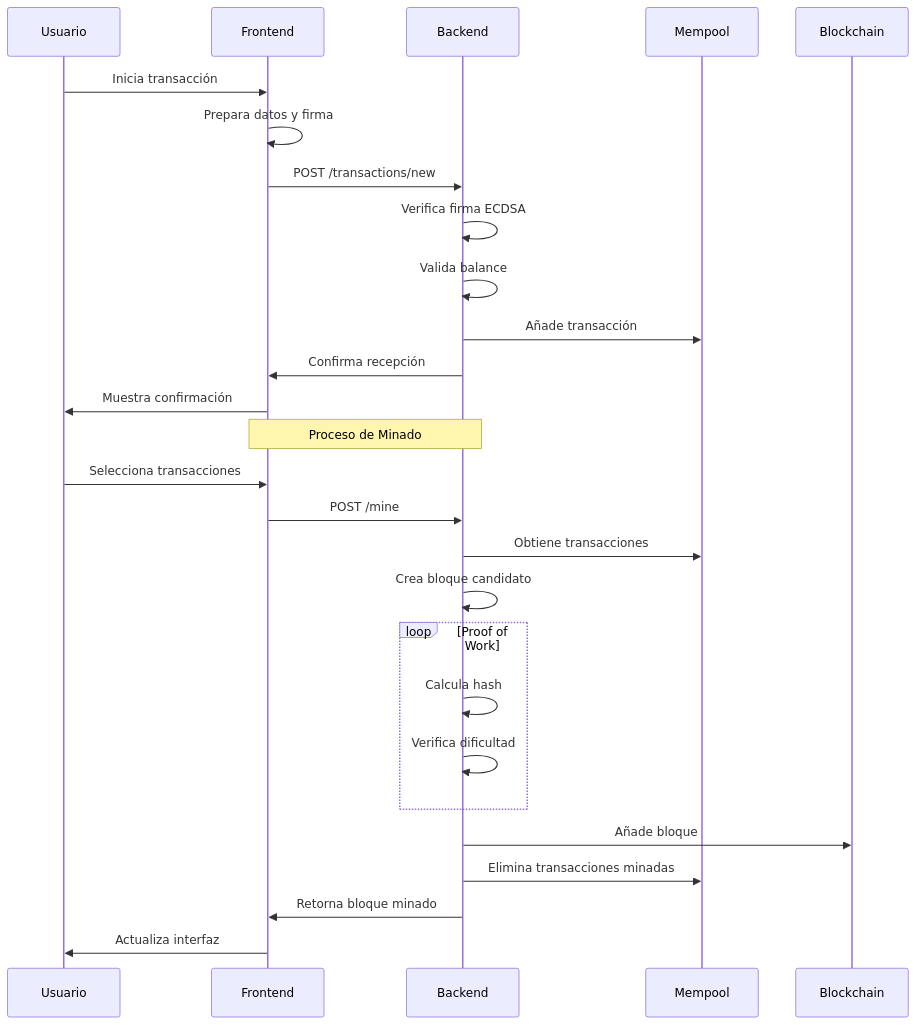
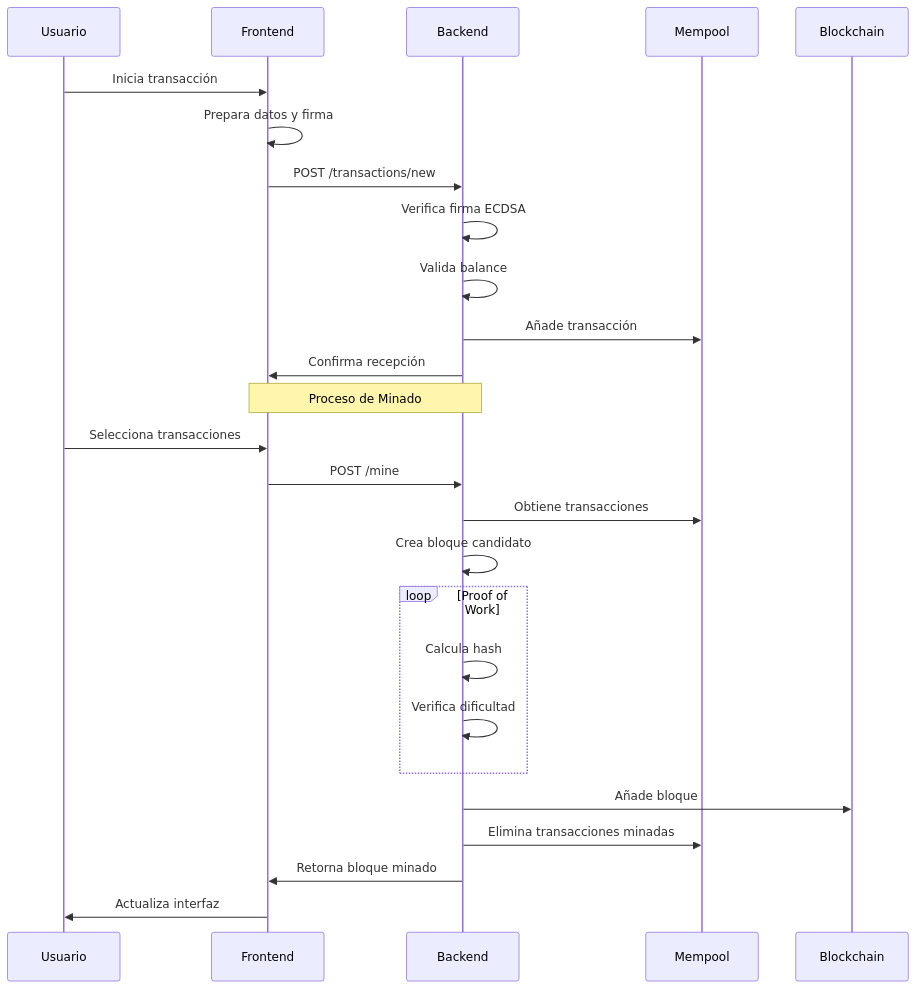
One commit to Venegas2242/blockchain-simulator changed the third of 7 diagrams in blockchain-analysis.md. Above: the diagram before and after it, drawn with Mermaid. The commit also changed other lines of this file, not shown here.

````diff
--- a/blockchain-analysis.md
+++ b/blockchain-analysis.md
@@ -142,34 +142,33 @@
 ```mermaid
 sequenceDiagram
 participant Usuario
 participant Frontend
 participant Backend
 participant Mempool
 participant Blockchain
 
 Usuario->>Frontend: Inicia transacción
 Frontend->>Frontend: Prepara datos y firma
 Frontend->>Backend: POST /transactions/new
 Backend->>Backend: Verifica firma ECDSA
 Backend->>Backend: Valida balance
 Backend->>Mempool: Añade transacción
 Backend->>Frontend: Confirma recepción
-Frontend->>Usuario: Muestra confirmación
 
 Note over Frontend,Backend: Proceso de Minado
 
 Usuario->>Frontend: Selecciona transacciones
 Frontend->>Backend: POST /mine
 Backend->>Mempool: Obtiene transacciones
 Backend->>Backend: Crea bloque candidato
 
 loop Proof of Work
 Backend->>Backend: Calcula hash
 Backend->>Backend: Verifica dificultad
 end
 
 Backend->>Blockchain: Añade bloque
 Backend->>Mempool: Elimina transacciones minadas
 Backend->>Frontend: Retorna bloque minado
 Frontend->>Usuario: Actualiza interfaz
 ```
````
